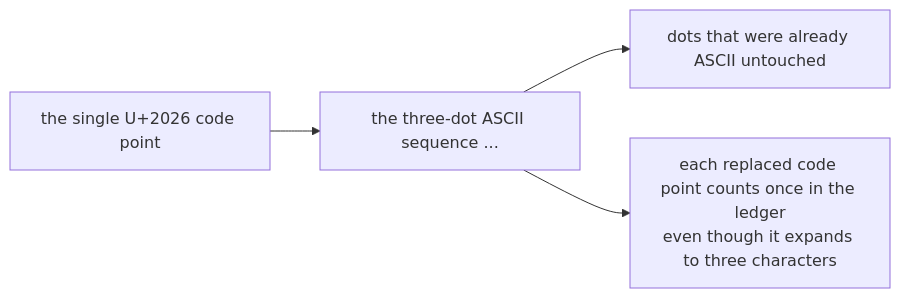
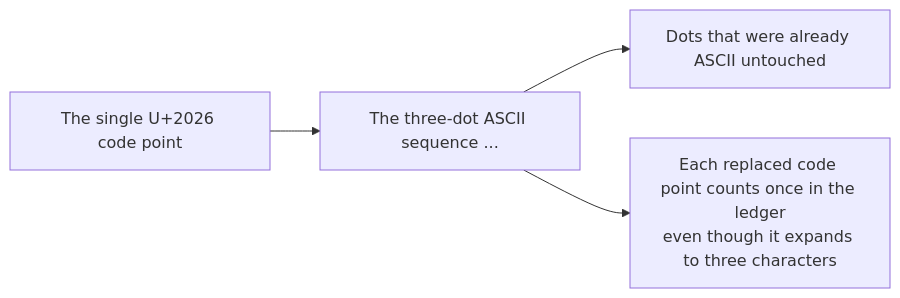
One commit to PlayForm/Site-DeepSeek changed the diagram in Source/Content/Mermaid/ellipsis-in-action.mmd. Above: the diagram before and after it, drawn with Mermaid. The commit also changed 136 other files, not shown here.

```diff
--- a/Source/Content/Mermaid/ellipsis-in-action.mmd
+++ b/Source/Content/Mermaid/ellipsis-in-action.mmd
@@ -1,8 +1,8 @@
 flowchart LR
-	IN["the single U+2026 code point"]
-	OUT["the three-dot ASCII sequence ..."]
-	UNTOUCHED["dots that were already ASCII untouched"]
-	COUNT["each replaced code point counts once in the ledger<br/>even though it expands to three characters"]
+	IN["The single U+2026 code point"]
+	OUT["The three-dot ASCII sequence ..."]
+	UNTOUCHED["Dots that were already ASCII untouched"]
+	COUNT["Each replaced code point counts once in the ledger<br/>even though it expands to three characters"]
 	IN --> OUT
 	OUT --> UNTOUCHED
 	OUT --> COUNT
```
